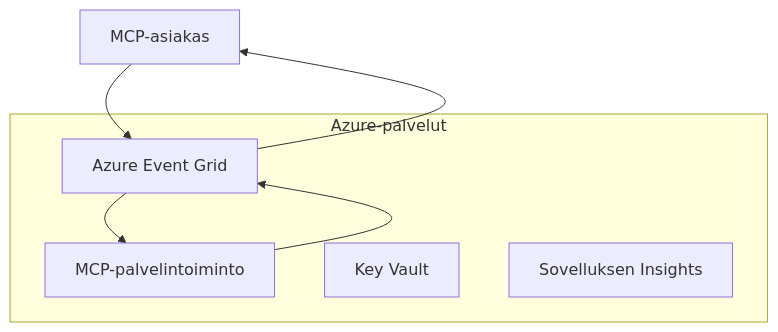
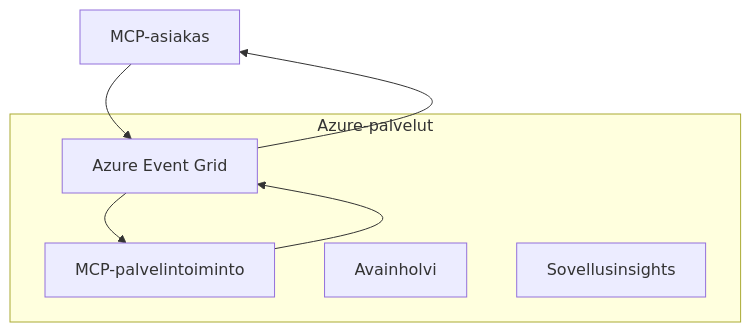
One commit to HIDORAKAI002/ai-workspace-archive changed the first of 2 diagrams in mcp_ecosystem__model_context_protocol/mcp_learning_resources/mcp-for-beginners/translations/fi/05-AdvancedTopics/mcp-transport/README.md. Above: the diagram before and after it, drawn with Mermaid. The commit also changed other lines of this file and 1046 other files, not shown here.

````diff
--- a/mcp_ecosystem__model_context_protocol/mcp_learning_resources/mcp-for-beginners/translations/fi/05-AdvancedTopics/mcp-transport/README.md
+++ b/mcp_ecosystem__model_context_protocol/mcp_learning_resources/mcp-for-beginners/translations/fi/05-AdvancedTopics/mcp-transport/README.md
@@ -58,14 +60,14 @@
 ```mermaid
 graph TB
     Client[MCP-asiakas] --> EG[Azure Event Grid]
     EG --> Server[MCP-palvelintoiminto]
     Server --> EG
     EG --> Client
     
     subgraph "Azure-palvelut"
         EG
         Server
-        KV[Key Vault]
-        Monitor[Sovelluksen Insights]
+        KV[Avainholvi]
+        Monitor[Sovellusinsights]
     end
 ```
````
